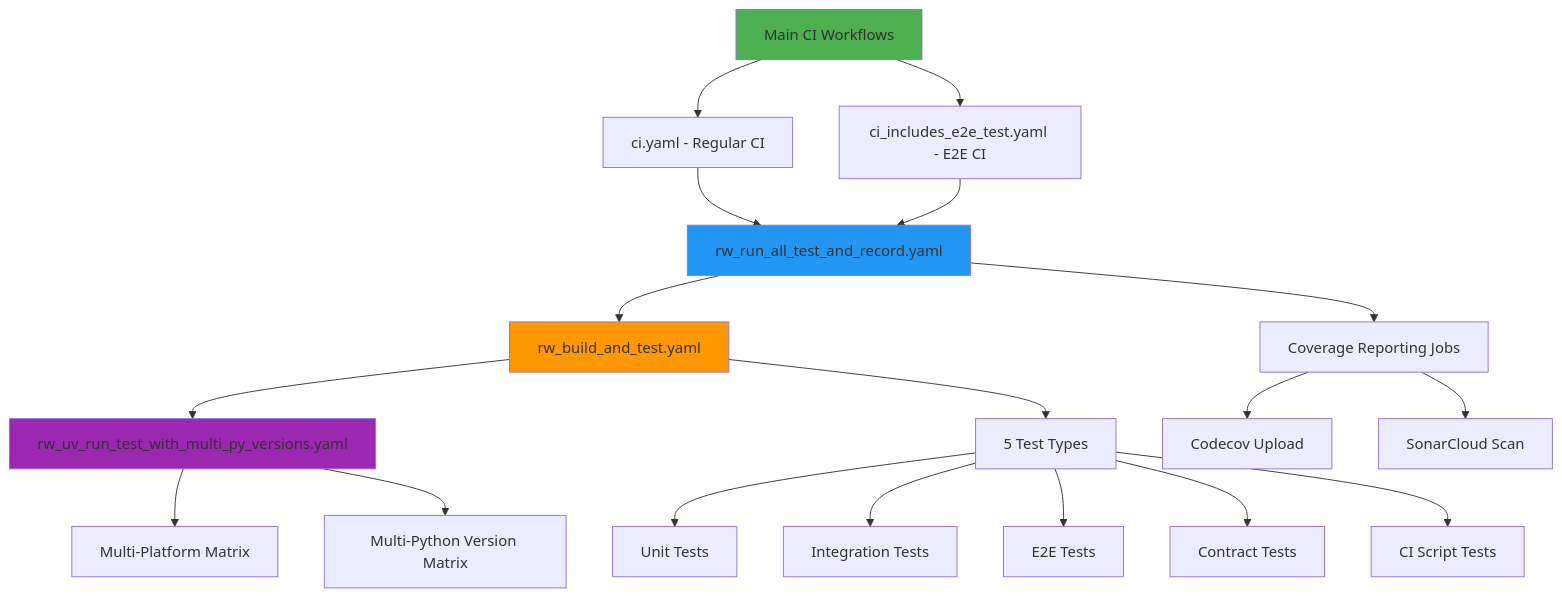
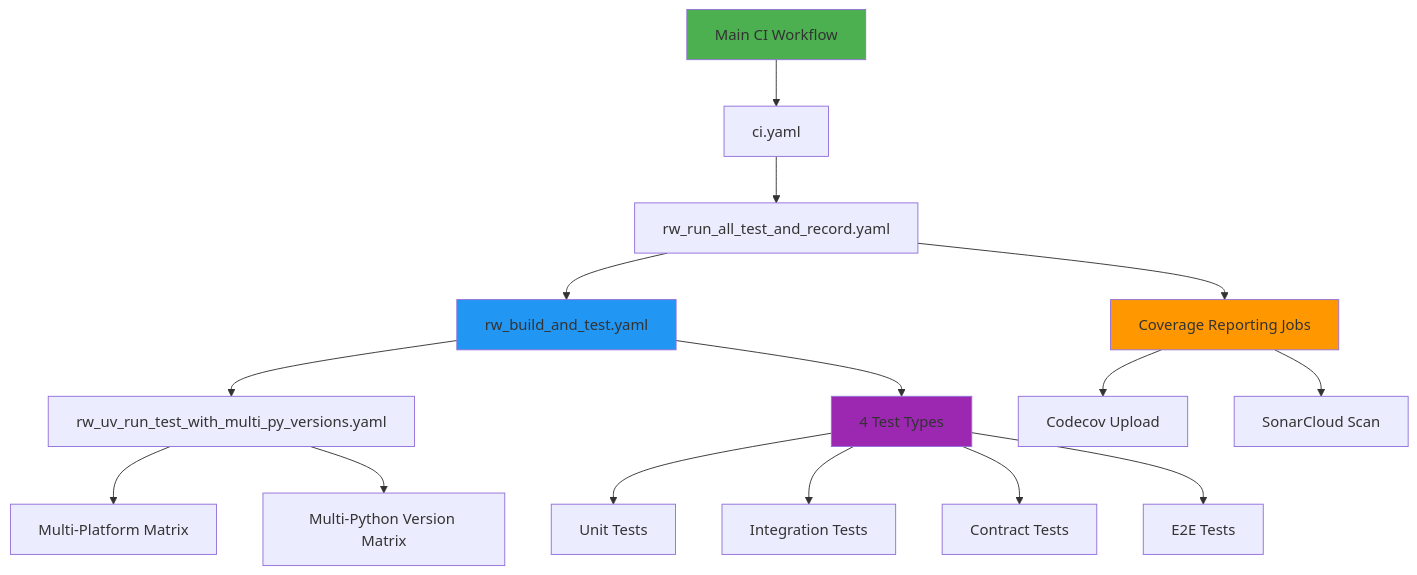
Before and after one commit to Chisanan232/abstract-backend: the diagram in docs/contents/development/ci-cd/continuous-integration.mdx, drawn with Mermaid. The commit also changed other lines of this file and 2 other files, not shown here.

Commit message:
🚮 Remove the content is relative with deprecated CI scheduler workflow *ci_includes_e2e_test.yaml* in the document.

````diff
--- a/docs/contents/development/ci-cd/continuous-integration.mdx
+++ b/docs/contents/development/ci-cd/continuous-integration.mdx
@@ -30,31 +31,27 @@
 ```mermaid
 graph TD
-    A[Main CI Workflows] --> B[ci.yaml - Regular CI]
-    A --> C[ci_includes_e2e_test.yaml - E2E CI]
+    A[Main CI Workflow] --> B[ci.yaml]
+    B --> C[rw_run_all_test_and_record.yaml]
     
-    B --> D[rw_run_all_test_and_record.yaml]
-    C --> D
+    C --> D[rw_build_and_test.yaml]
+    C --> E[Coverage Reporting Jobs]
     
-    D --> E[rw_build_and_test.yaml]
-    D --> F[Coverage Reporting Jobs]
+    D --> F[rw_uv_run_test_with_multi_py_versions.yaml]
+    D --> G[4 Test Types]
     
-    E --> G[rw_uv_run_test_with_multi_py_versions.yaml]
-    E --> H[5 Test Types]
+    F --> H[Multi-Platform Matrix]
+    F --> I[Multi-Python Version Matrix]
     
-    G --> I[Multi-Platform Matrix]
-    G --> J[Multi-Python Version Matrix]
+    G --> J[Unit Tests]
+    G --> K[Integration Tests] 
+    G --> L[Contract Tests]
+    G --> M[E2E Tests]
     
-    H --> K[Unit Tests]
-    H --> L[Integration Tests] 
-    H --> M[E2E Tests]
-    H --> N[Contract Tests]
-    H --> O[CI Script Tests]
-    
-    F --> P[Codecov Upload]
-    F --> Q[SonarCloud Scan]
+    E --> N[Codecov Upload]
+    E --> O[SonarCloud Scan]
     
     style A fill:#4CAF50
     style D fill:#2196F3
     style E fill:#FF9800
     style G fill:#9C27B0
 ```
````
